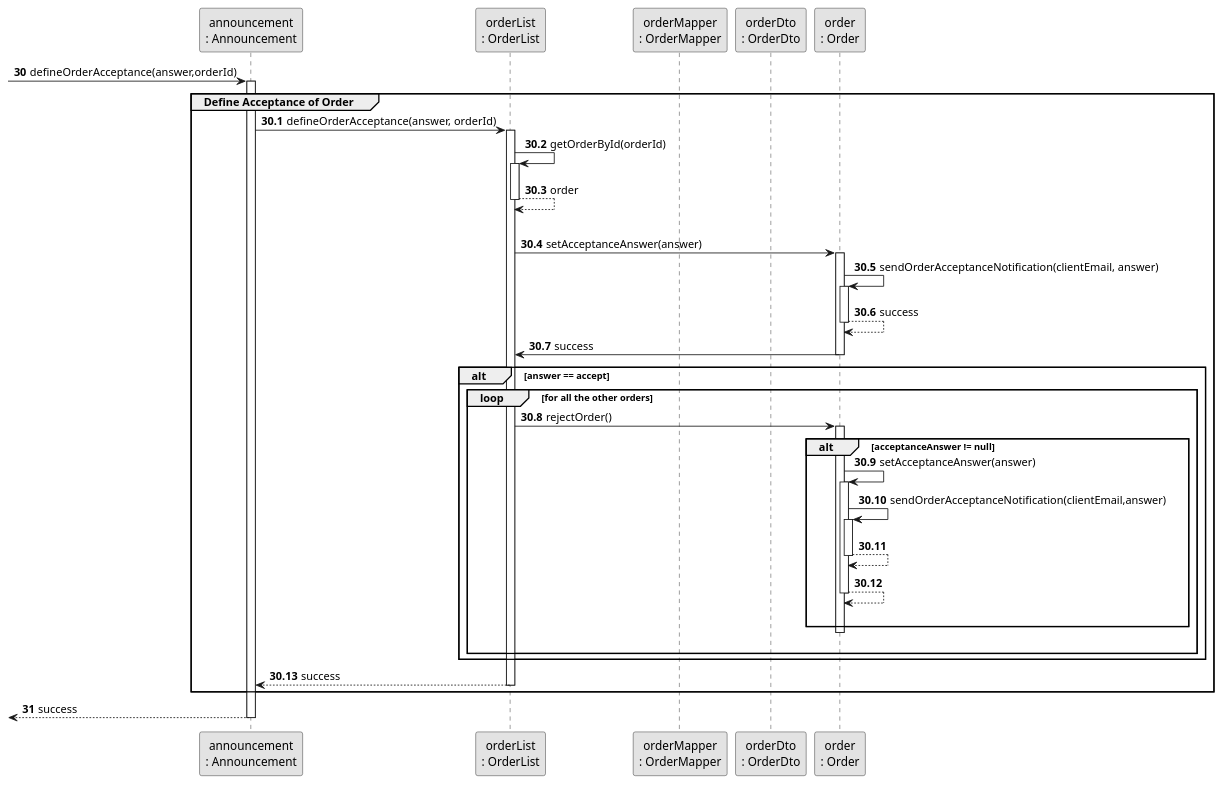
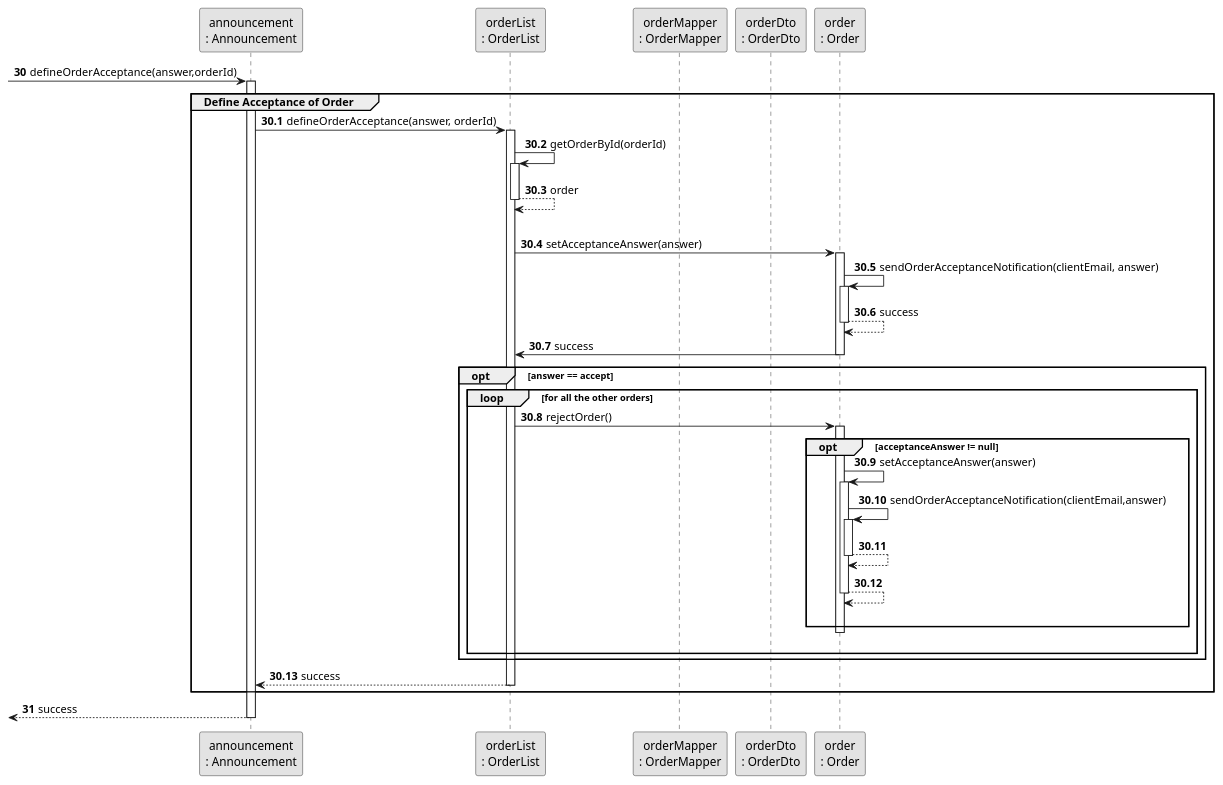
One commit to rita-barbosa/LAPR2-2223 changed the diagram in docs/sprintD/us011/03.design/puml/us011-sequence-diagram-partial-define-acceptance.puml. Above: the diagram before and after it, drawn with PlantUML. The commit also changed 49 other files, not shown here.

```diff
--- a/docs/sprintD/us011/03.design/puml/us011-sequence-diagram-partial-define-acceptance.puml
+++ b/docs/sprintD/us011/03.design/puml/us011-sequence-diagram-partial-define-acceptance.puml
@@ -1,77 +1,77 @@
 @startuml
 skinparam monochrome true
 skinparam packageStyle rectangle
 skinparam shadowing false
 
 
 participant "announcement\n: Announcement" as Announce
 participant "orderList\n: OrderList" as OrderList
 participant "orderMapper\n: OrderMapper" as OrderMapper
 participant "orderDto\n: OrderDto" as OrderDTO
 participant "order\n: Order" as Order
 
 
 autonumber 30
     -> Announce : defineOrderAcceptance(answer,orderId)
     activate Announce
 
 group Define Acceptance of Order
 autonumber 30.1
 
     Announce -> OrderList : defineOrderAcceptance(answer, orderId)
     activate OrderList
 
     OrderList -> OrderList : getOrderById(orderId)
     activate OrderList
 
     OrderList --> OrderList : order
     deactivate OrderList
     |||
     OrderList -> Order : setAcceptanceAnswer(answer)
     activate Order
 
     Order -> Order: sendOrderAcceptanceNotification(clientEmail, answer)
     activate Order
     Order --> Order : success
     deactivate Order
     Order -> OrderList : success
     deactivate Order
 
-        alt answer == accept
+       opt answer == accept
 
             loop for all the other orders
 
             OrderList -> Order : rejectOrder()
             activate Order
 
-            alt acceptanceAnswer != null
+            opt acceptanceAnswer != null
             Order -> Order : setAcceptanceAnswer(answer)
             activate Order
 
             Order -> Order: sendOrderAcceptanceNotification(clientEmail,answer)
             activate Order
             Order --> Order :
             deactivate Order
 
             Order --> Order:
             deactivate Order
              |||
             end alt
             deactivate Order
             |||
             end loop
 
         end alt
     OrderList --> Announce: success
     deactivate OrderList
 
 end group
 
 autonumber 31
     <-- Announce: success
     deactivate Announce
 
 
 
 
 @enduml
```
